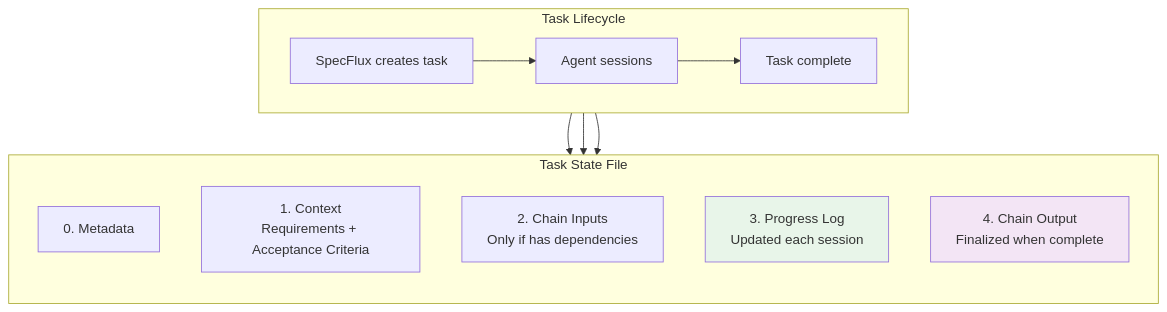
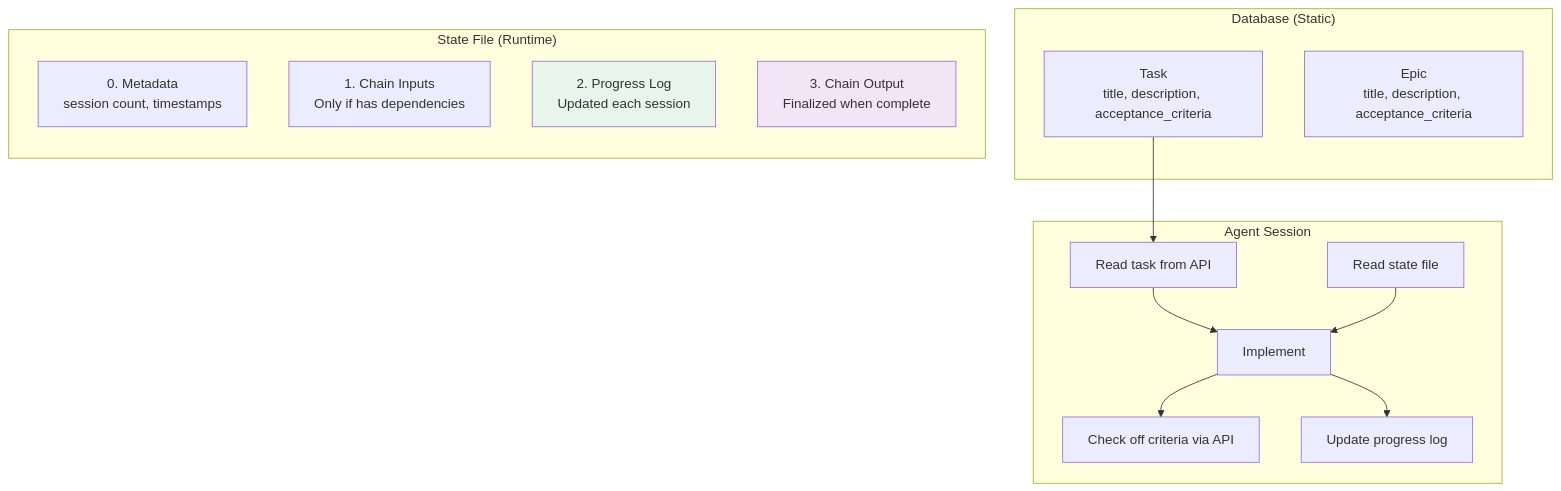
Before and after one commit to cliangdev/specflux: the first of 3 diagrams in docs/research/unified-task-state-design.md, drawn with Mermaid. The commit also changed other lines of this file, not shown here.

First line of the commit message:
docs: separate task definition from runtime state

````diff
--- a/docs/research/unified-task-state-design.md
+++ b/docs/research/unified-task-state-design.md
@@ -27,24 +27,32 @@
 ```mermaid
 flowchart TB
-    subgraph "Task Lifecycle"
-        direction LR
-        CREATE[SpecFlux creates task] --> SESSION[Agent sessions]
-        SESSION --> COMPLETE[Task complete]
+    subgraph "Database (Static)"
+        TASK[Task<br/>title, description, acceptance_criteria]
+        EPIC[Epic<br/>title, description, acceptance_criteria]
     end
 
-    subgraph "Task State File"
+    subgraph "State File (Runtime)"
         direction TB
-        META[0. Metadata]
-        CTX[1. Context<br/>Requirements + Acceptance Criteria]
-        CHAIN_IN[2. Chain Inputs<br/>Only if has dependencies]
-        PROGRESS[3. Progress Log<br/>Updated each session]
-        CHAIN_OUT[4. Chain Output<br/>Finalized when complete]
+        META[0. Metadata<br/>session count, timestamps]
+        CHAIN_IN[1. Chain Inputs<br/>Only if has dependencies]
+        PROGRESS[2. Progress Log<br/>Updated each session]
+        CHAIN_OUT[3. Chain Output<br/>Finalized when complete]
     end
 
-    CREATE --> META
-    SESSION --> PROGRESS
-    COMPLETE --> CHAIN_OUT
+    subgraph "Agent Session"
+        READ_API[Read task from API]
+        READ_STATE[Read state file]
+        WORK[Implement]
+        UPDATE_API[Check off criteria via API]
+        UPDATE_STATE[Update progress log]
+    end
+
+    TASK --> READ_API
+    READ_API --> WORK
+    READ_STATE --> WORK
+    WORK --> UPDATE_API
+    WORK --> UPDATE_STATE
 
     style PROGRESS fill:#E8F5E9
     style CHAIN_OUT fill:#F3E5F5
 ```
````
